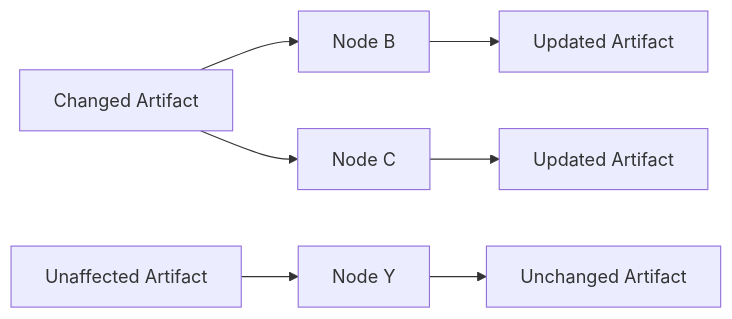
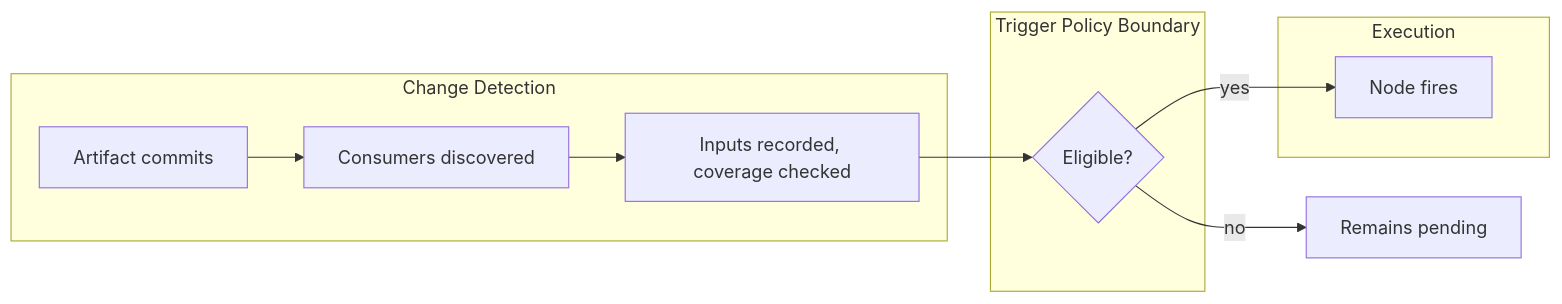
The ninth of 10 diagrams in docs/architecture.md (aam-cloudsky/Reed), drawn with Mermaid before and after one commit. The commit also changed other lines of this file, not shown here.

````diff
--- a/docs/architecture.md
+++ b/docs/architecture.md
@@ -482,10 +321,14 @@
 ```mermaid
 flowchart LR
-    A[Changed Artifact] --> B[Node B]
-    A --> C[Node C]
-    X[Unaffected Artifact] --> Y[Node Y]
-
-    B --> D[Updated Artifact]
-    C --> E[Updated Artifact]
-    Y --> Z[Unchanged Artifact]
+    subgraph ChangeDetection["Change Detection"]
+        A[Artifact commits] --> B[Consumers discovered]
+        B --> C[Inputs recorded, coverage checked]
+    end
+    subgraph Boundary["Trigger Policy Boundary"]
+        C --> D{Eligible?}
+    end
+    subgraph Execution["Execution"]
+        D -- yes --> E[Node fires]
+    end
+    D -- no --> W[Remains pending]
 ```
````
